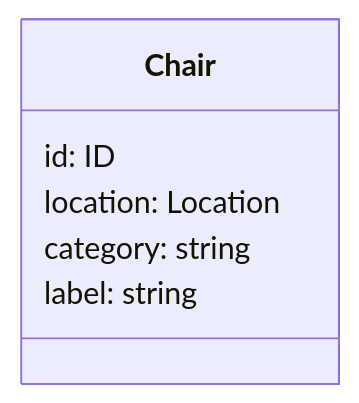
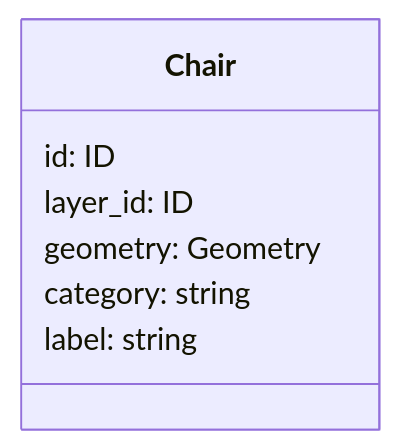
Before and after one commit to planrassadki/docs: the sixth of 6 diagrams in Readme.md, drawn with Mermaid. The commit also changed other lines of this file, not shown here.

Commit message:
use geometry and layer_id instead of location

````diff
--- a/Readme.md
+++ b/Readme.md
@@ -116,9 +134,10 @@
 ```mermaid
 classDiagram
 class Chair {
 	id: ID
-	location: Location
+	layer_id: ID
+	geometry: Geometry
 	category: string
 	label: string
 }
 ```
````
